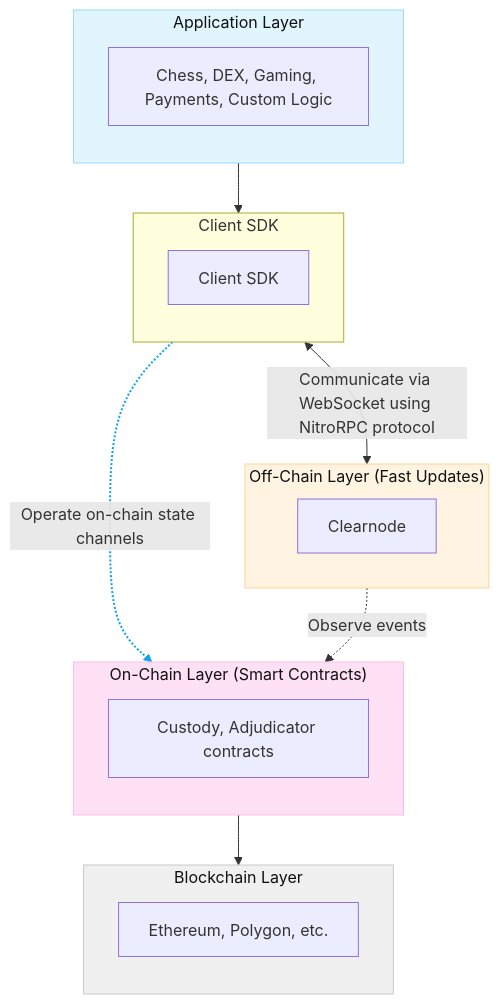
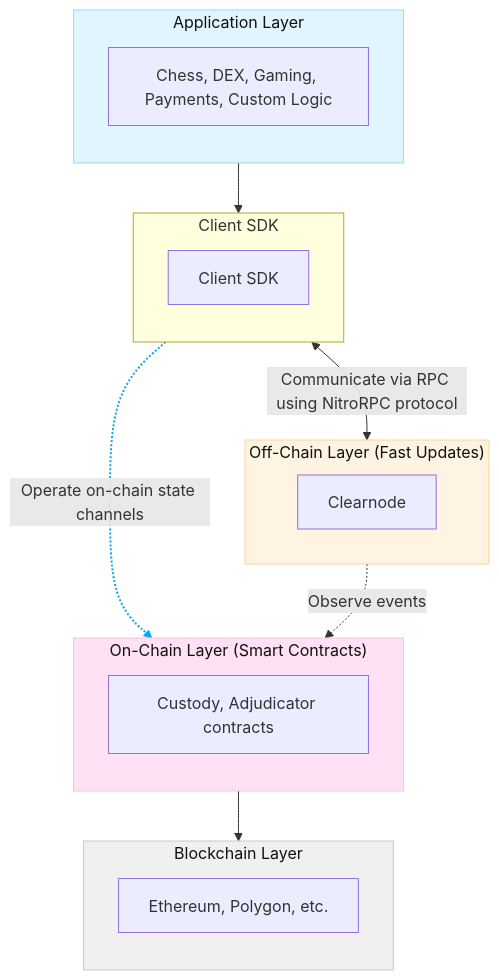
The first of 4 diagrams in docs/protocol/architecture.mdx (layer-3/docs), drawn with Mermaid before and after one commit. The commit also changed 4 other files, not shown here.

````diff
--- a/docs/protocol/architecture.mdx
+++ b/docs/protocol/architecture.mdx
@@ -15,45 +15,45 @@
 ```mermaid
 graph TB
 
   %% Layered architecture with legible fills for light/dark modes
 
   subgraph Application["Application Layer"]
     direction TB
     APP["Chess, DEX, Gaming, Payments, Custom Logic"]
   end
 
   subgraph OffChain["Off-Chain Layer (Fast Updates)"]
     direction LR
     BROKER["Clearnode"]
   end
 
   subgraph ClientLayer["Client SDK"]
     direction TB
     CLIENT["Client SDK"]
   end
 
   subgraph OnChain["On-Chain Layer (Smart Contracts)"]
     direction TB
     CONTRACTS["Custody, Adjudicator contracts"]
   end
 
   subgraph Blockchain["Blockchain Layer"]
     direction TB
     CHAIN["Ethereum, Polygon, etc."]
   end
 
   APP --> CLIENT
-  CLIENT <-->|"Communicate via WebSocket using NitroRPC protocol"| BROKER
+  CLIENT <-->|"Communicate via RPC using NitroRPC protocol"| BROKER
   CLIENT -. "Operate on-chain state channels" .-> CONTRACTS
   BROKER -. "Observe events" .-> CONTRACTS
   CONTRACTS --> CHAIN
 
   %% Subgraph fills (kept light for both themes)
   style Application fill:#e1f5ff,stroke:#9ad7ff,color:#111
   style OffChain fill:#fff4e1,stroke:#ffd497,color:#111
   style OnChain fill:#ffe1f5,stroke:#ffbde6,color:#111
   style Blockchain fill:#f0f0f0,stroke:#c9c9c9,color:#111
 
   %% Emphasize the RPC link (index 2 in the edge list above)
   linkStyle 2 stroke:#0ea5e9,stroke-width:2px
 ```
````
